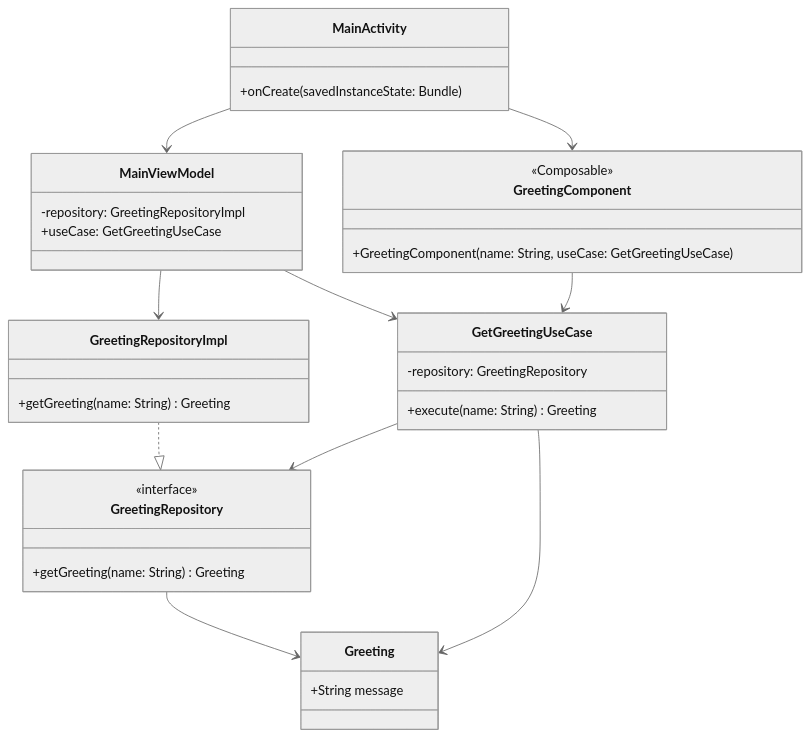
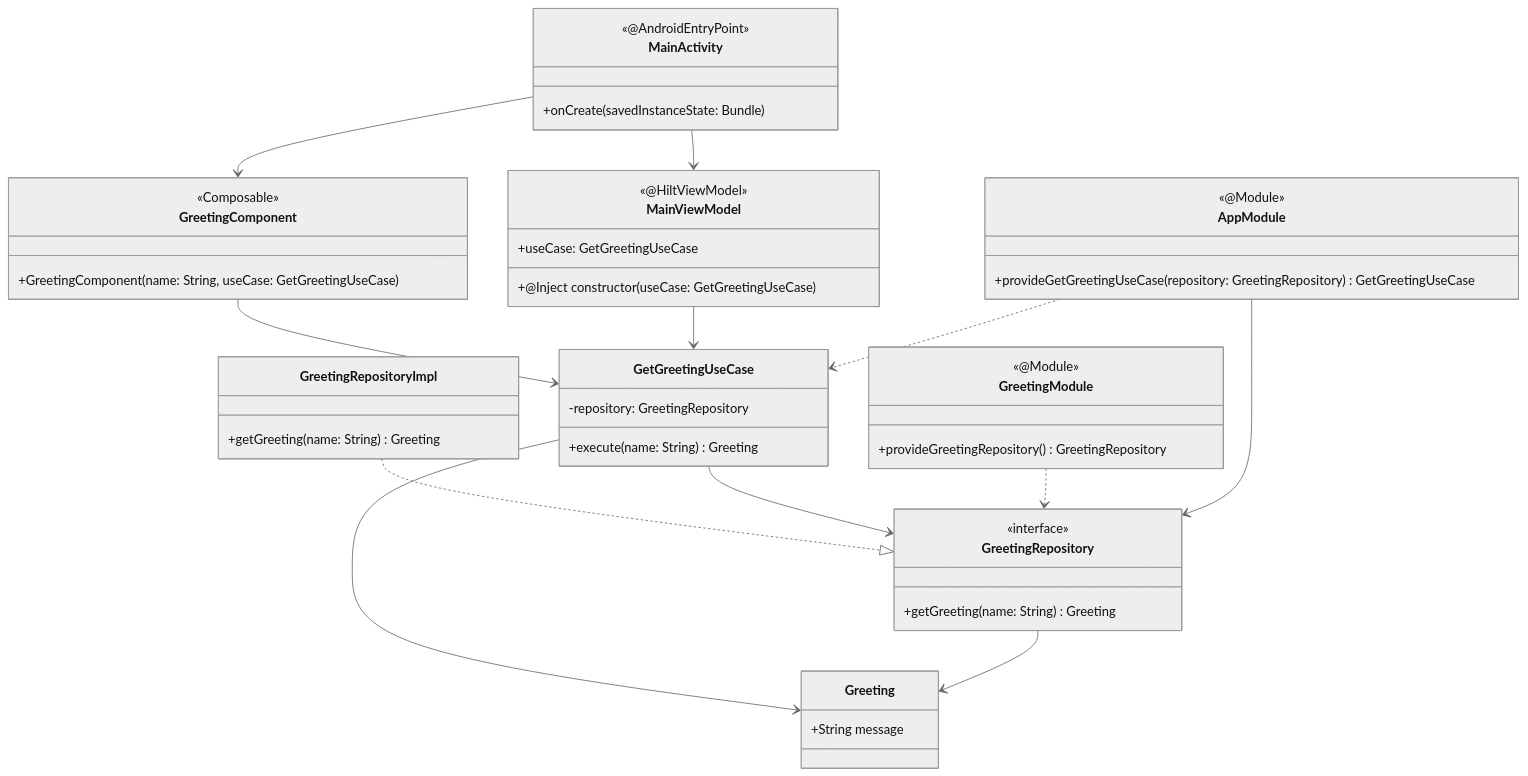
Before and after one commit to renanalencar/greetinglibhilt: the second of 5 diagrams in README.md, drawn with Mermaid (neutral theme). The commit also changed other lines of this file and 12 other files, not shown here.

````diff
--- a/README.md
+++ b/README.md
@@ -80,44 +81,60 @@
 ```mermaid
 classDiagram
     class Greeting {
         +String message
     }
     
     class GreetingRepository {
         <<interface>>
         +getGreeting(name: String) Greeting
     }
     
     class GreetingRepositoryImpl {
         +getGreeting(name: String) Greeting
     }
     
     class GetGreetingUseCase {
         -repository: GreetingRepository
         +execute(name: String) Greeting
     }
     
     class GreetingComponent {
         <<Composable>>
         +GreetingComponent(name: String, useCase: GetGreetingUseCase)
     }
     
     class MainViewModel {
-        -repository: GreetingRepositoryImpl
+        <<@HiltViewModel>>
         +useCase: GetGreetingUseCase
+        +@Inject constructor(useCase: GetGreetingUseCase)
     }
     
     class MainActivity {
+        <<@AndroidEntryPoint>>
         +onCreate(savedInstanceState: Bundle)
+    }
+    
+    class GreetingModule {
+        <<@Module>>
+        <<@InstallIn(SingletonComponent)>>
+        +provideGreetingRepository() GreetingRepository
+    }
+    
+    class AppModule {
+        <<@Module>>
+        <<@InstallIn(SingletonComponent)>>
+        +provideGetGreetingUseCase(repository: GreetingRepository) GetGreetingUseCase
     }
     
     GreetingRepositoryImpl ..|> GreetingRepository
     GetGreetingUseCase --> GreetingRepository
     GetGreetingUseCase --> Greeting
     GreetingRepository --> Greeting
     GreetingComponent --> GetGreetingUseCase
-    MainViewModel --> GreetingRepositoryImpl
     MainViewModel --> GetGreetingUseCase
     MainActivity --> MainViewModel
     MainActivity --> GreetingComponent
+    GreetingModule ..> GreetingRepository
+    AppModule ..> GetGreetingUseCase
+    AppModule --> GreetingRepository
 ```
````
